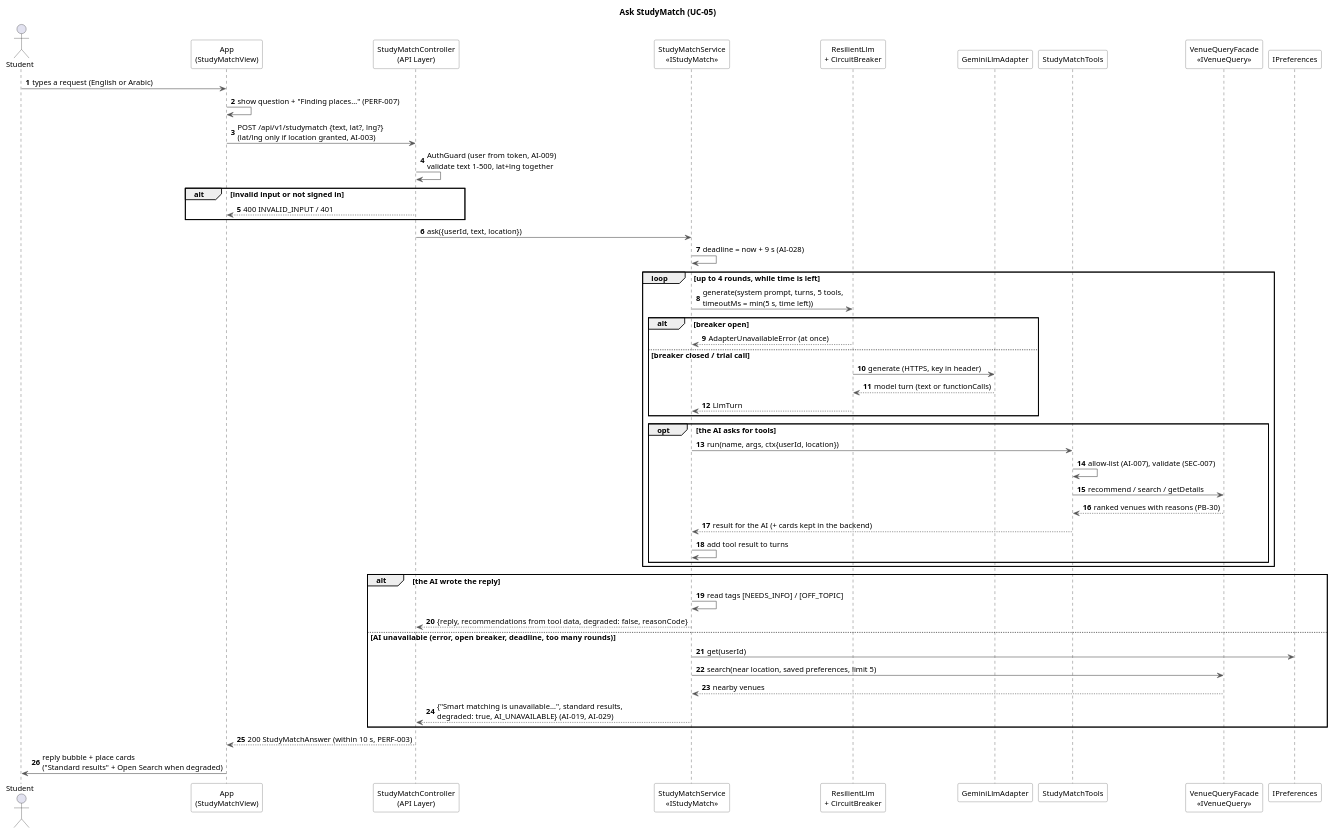
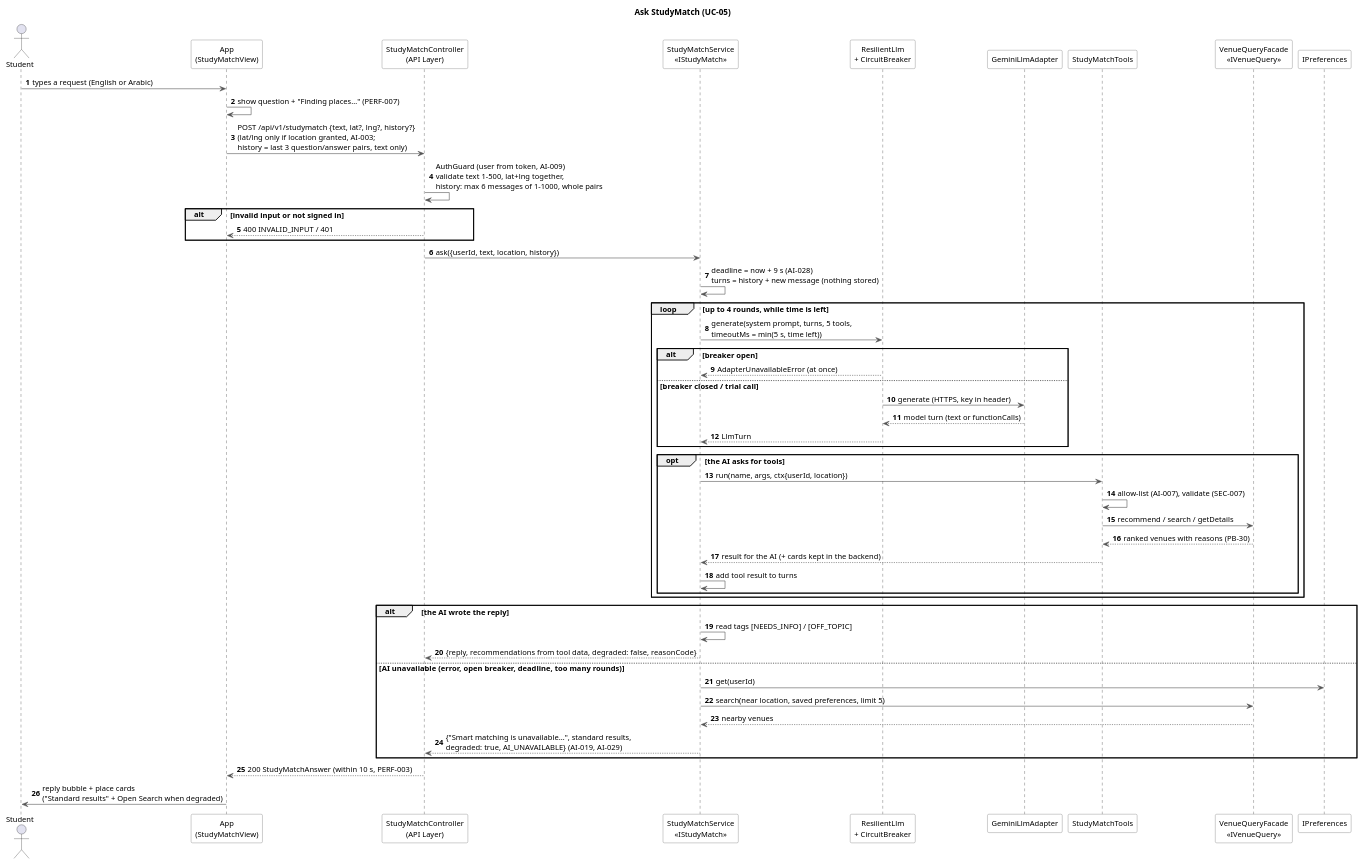
The diagram in docs/architecture/uml/studymatch-sequence.puml (yasmeennasrr/StudySpot), drawn with PlantUML before and after one commit. The commit also changed 22 other files, not shown here.

```diff
--- a/docs/architecture/uml/studymatch-sequence.puml
+++ b/docs/architecture/uml/studymatch-sequence.puml
@@ -1,66 +1,66 @@
 @startuml studymatch-sequence
 ' SDS v0.3 Section 14 (M2): "ask StudyMatch" sequence diagram (UC-05, PB-29, PB-46, SDS 7.2).
 ' Code: studymatch.controller.ts -> studymatch.service.ts -> llm-adapter.module.ts (ResilientLlm)
 '       -> gemini-llm.adapter.ts; studymatch-tools.ts -> venue-query.service.ts (recommend, PB-30).
 skinparam shadowing false
 skinparam defaultFontName Helvetica
 skinparam defaultFontSize 13
 skinparam sequenceMessageAlign left
 skinparam ParticipantBackgroundColor white
 skinparam ParticipantBorderColor #555555
 skinparam ArrowColor #555555
 autonumber
 
 title Ask StudyMatch (UC-05)
 
 actor Student
 participant "App\n(StudyMatchView)" as App
 participant "StudyMatchController\n(API Layer)" as API
 participant "StudyMatchService\n«IStudyMatch»" as SM
 participant "ResilientLlm\n+ CircuitBreaker" as RL
 participant "GeminiLlmAdapter" as Gemini
 participant "StudyMatchTools" as Tools
 participant "VenueQueryFacade\n«IVenueQuery»" as Venues
 participant "IPreferences" as Prefs
 
 Student -> App : types a request (English or Arabic)
 App -> App : show question + "Finding places…" (PERF-007)
-App -> API : POST /api/v1/studymatch {text, lat?, lng?}\n(lat/lng only if location granted, AI-003)
-API -> API : AuthGuard (user from token, AI-009)\nvalidate text 1-500, lat+lng together
+App -> API : POST /api/v1/studymatch {text, lat?, lng?, history?}\n(lat/lng only if location granted, AI-003;\nhistory = last 3 question/answer pairs, text only)
+API -> API : AuthGuard (user from token, AI-009)\nvalidate text 1-500, lat+lng together,\nhistory: max 6 messages of 1-1000, whole pairs
 alt invalid input or not signed in
   API --> App : 400 INVALID_INPUT / 401
 end
-API -> SM : ask({userId, text, location})
-SM -> SM : deadline = now + 9 s (AI-028)
+API -> SM : ask({userId, text, location, history})
+SM -> SM : deadline = now + 9 s (AI-028)\nturns = history + new message (nothing stored)
 
 loop up to 4 rounds, while time is left
   SM -> RL : generate(system prompt, turns, 5 tools,\ntimeoutMs = min(5 s, time left))
   alt breaker open
     RL --> SM : AdapterUnavailableError (at once)
   else breaker closed / trial call
     RL -> Gemini : generate (HTTPS, key in header)
     Gemini --> RL : model turn (text or functionCalls)
     RL --> SM : LlmTurn
   end
   opt the AI asks for tools
     SM -> Tools : run(name, args, ctx{userId, location})
     Tools -> Tools : allow-list (AI-007), validate (SEC-007)
     Tools -> Venues : recommend / search / getDetails
     Venues --> Tools : ranked venues with reasons (PB-30)
     Tools --> SM : result for the AI (+ cards kept in the backend)
     SM -> SM : add tool result to turns
   end
 end
 
 alt the AI wrote the reply
   SM -> SM : read tags [NEEDS_INFO] / [OFF_TOPIC]
   SM --> API : {reply, recommendations from tool data, degraded: false, reasonCode}
 else AI unavailable (error, open breaker, deadline, too many rounds)
   SM -> Prefs : get(userId)
   SM -> Venues : search(near location, saved preferences, limit 5)
   Venues --> SM : nearby venues
   SM --> API : {"Smart matching is unavailable…", standard results,\ndegraded: true, AI_UNAVAILABLE} (AI-019, AI-029)
 end
 API --> App : 200 StudyMatchAnswer (within 10 s, PERF-003)
 App -> Student : reply bubble + place cards\n("Standard results" + Open Search when degraded)
 @enduml
```
